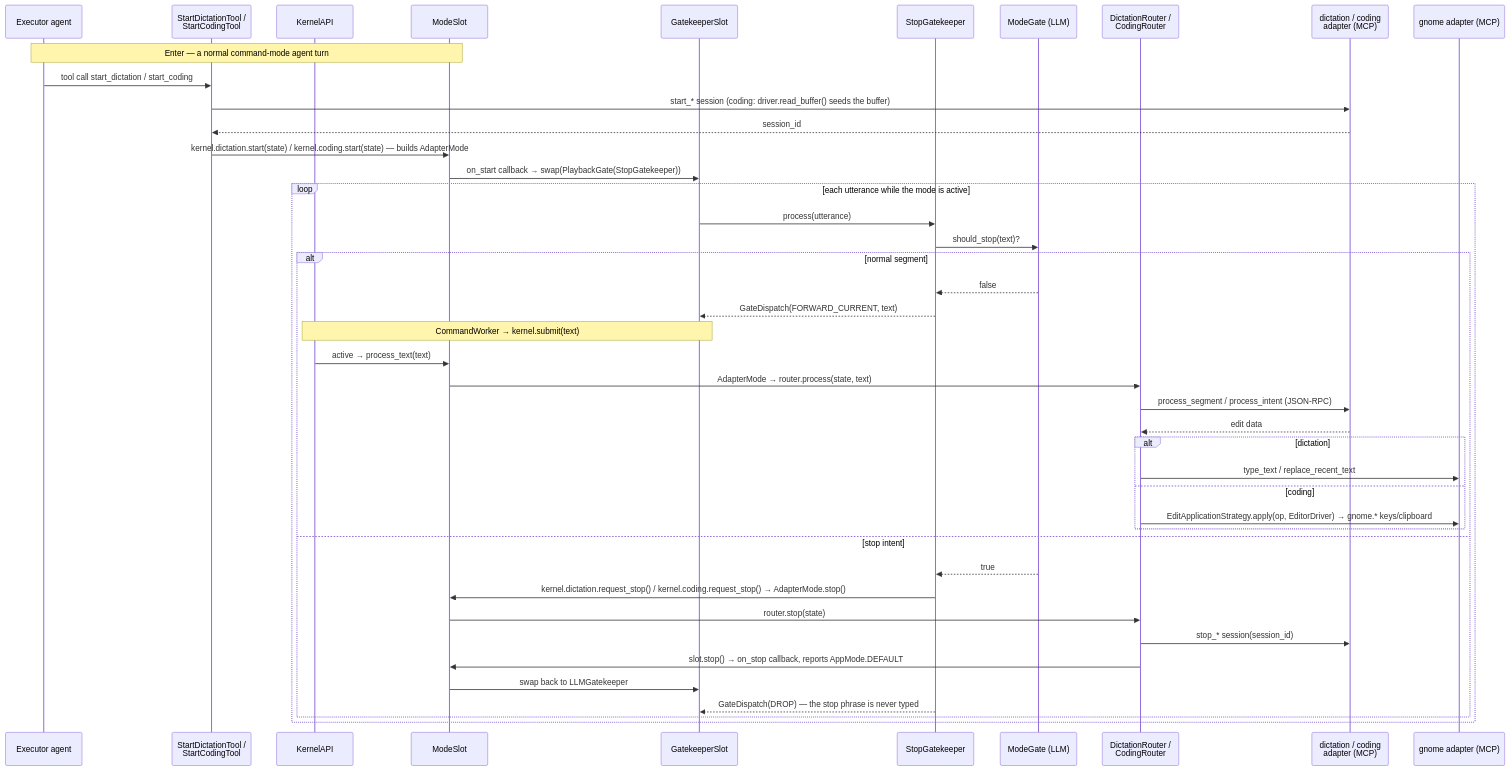
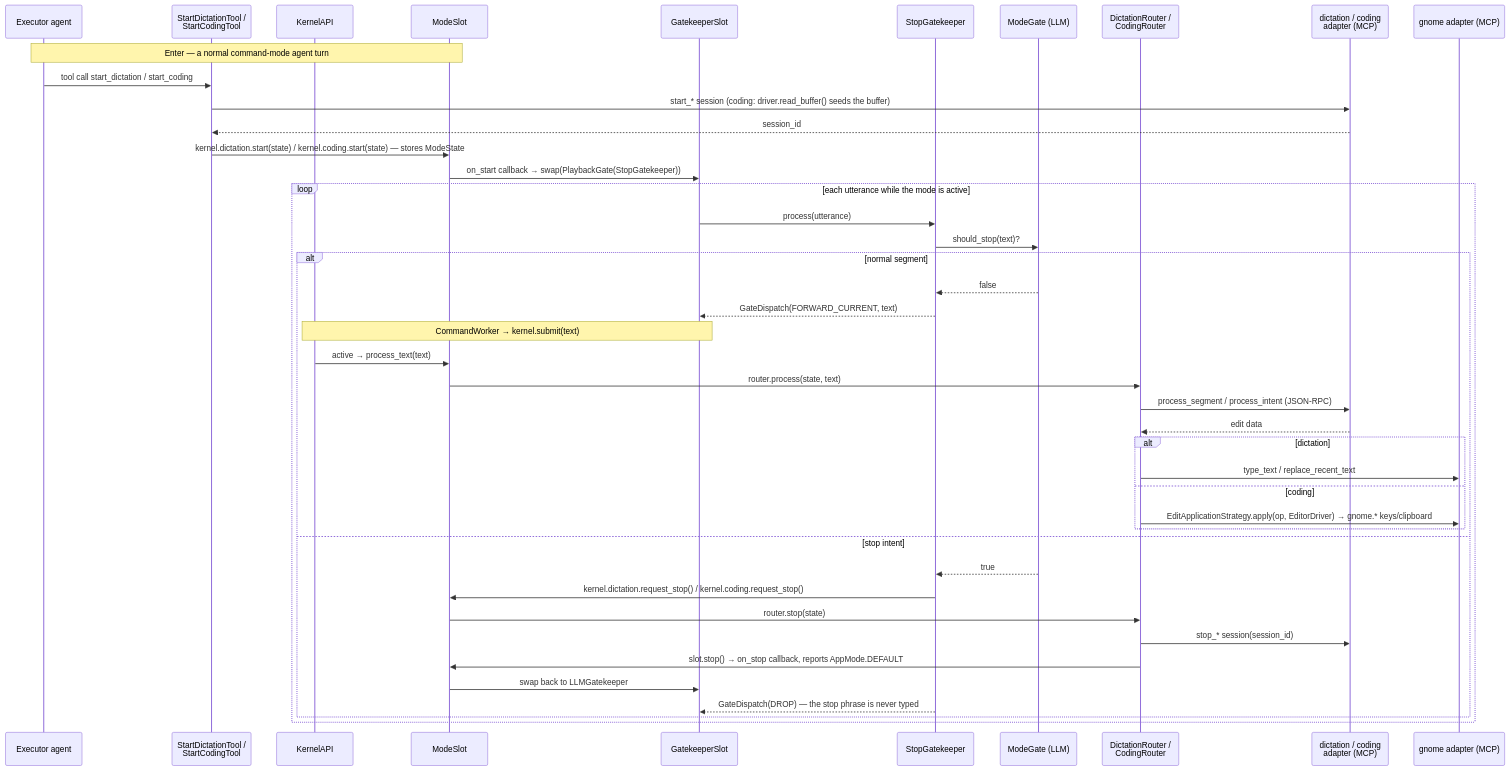
Before and after one commit to vovka/tusk: the second of 4 diagrams in docs/architecture.md, drawn with Mermaid. The commit also changed other lines of this file and 21 other files, not shown here.

First line of the commit message:
Collapse AdapterMode into ModeSlot and merge mode states into ModeState

````diff
--- a/docs/architecture.md
+++ b/docs/architecture.md
@@ -163,47 +163,47 @@
 ```mermaid
 sequenceDiagram
     participant EX as Executor agent
     participant ST as StartDictationTool /<br/>StartCodingTool
     participant K as KernelAPI
     participant MS as ModeSlot
     participant GS as GatekeeperSlot
     participant SG as StopGatekeeper
     participant MG as ModeGate (LLM)
     participant R as DictationRouter /<br/>CodingRouter
     participant A as dictation / coding<br/>adapter (MCP)
     participant G as gnome adapter (MCP)
 
     Note over EX,MS: Enter — a normal command-mode agent turn
     EX->>ST: tool call start_dictation / start_coding
     ST->>A: start_* session (coding: driver.read_buffer() seeds the buffer)
     A-->>ST: session_id
-    ST->>MS: kernel.dictation.start(state) / kernel.coding.start(state) — builds AdapterMode
+    ST->>MS: kernel.dictation.start(state) / kernel.coding.start(state) — stores ModeState
     MS->>GS: on_start callback → swap(PlaybackGate(StopGatekeeper))
 
     loop each utterance while the mode is active
         GS->>SG: process(utterance)
         SG->>MG: should_stop(text)?
         alt normal segment
             MG-->>SG: false
             SG-->>GS: GateDispatch(FORWARD_CURRENT, text)
             Note over GS,K: CommandWorker → kernel.submit(text)
             K->>MS: active → process_text(text)
-            MS->>R: AdapterMode → router.process(state, text)
+            MS->>R: router.process(state, text)
             R->>A: process_segment / process_intent (JSON-RPC)
             A-->>R: edit data
             alt dictation
                 R->>G: type_text / replace_recent_text
             else coding
                 R->>G: EditApplicationStrategy.apply(op, EditorDriver) → gnome.* keys/clipboard
             end
         else stop intent
             MG-->>SG: true
-            SG->>MS: kernel.dictation.request_stop() / kernel.coding.request_stop() → AdapterMode.stop()
+            SG->>MS: kernel.dictation.request_stop() / kernel.coding.request_stop()
             MS->>R: router.stop(state)
             R->>A: stop_* session(session_id)
             R->>MS: slot.stop() → on_stop callback, reports AppMode.DEFAULT
             MS->>GS: swap back to LLMGatekeeper
             SG-->>GS: GateDispatch(DROP) — the stop phrase is never typed
         end
     end
 ```
````
